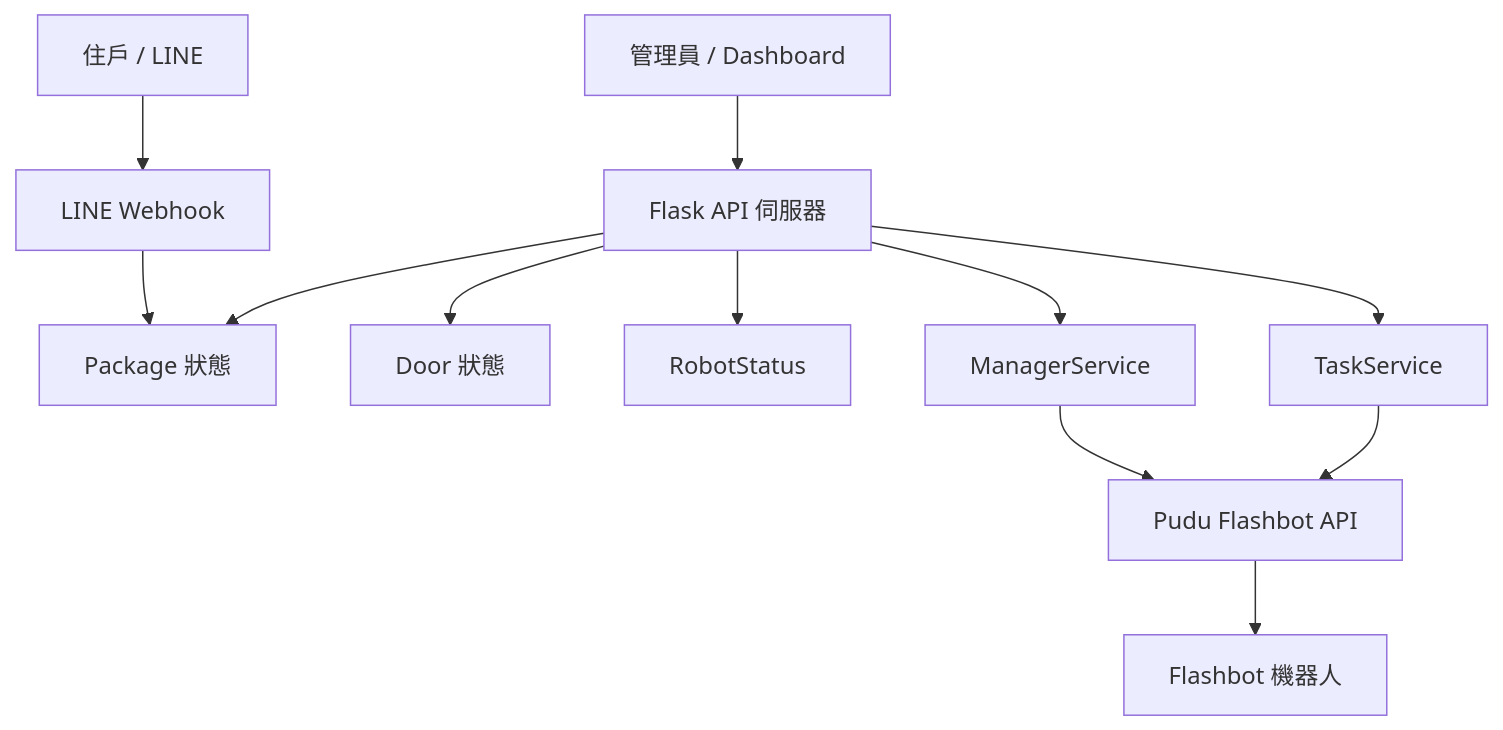
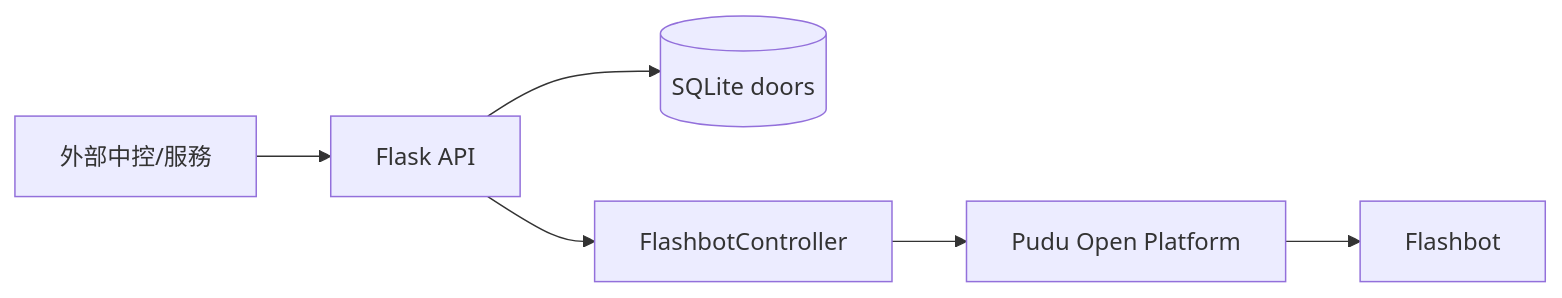
The diagram in README.md (Liao-YuSheng/Aurobox), drawn with Mermaid before and after one commit. The commit also changed other lines of this file and 17 other files, not shown here.

````diff
--- a/README.md
+++ b/README.md
@@ -18,14 +32,8 @@
 ```mermaid
-flowchart TB
-	Operator[管理員 / Dashboard] --> API[Flask API 伺服器]
-	User[住戶 / LINE] --> Webhook[LINE Webhook]
-	API --> Package[Package 狀態]
-	API --> Door[Door 狀態]
-	API --> Robot[RobotStatus]
-	API --> Manager[ManagerService]
-	API --> Tasks[TaskService]
-	Webhook --> Package
-	Manager --> Pudu[Pudu Flashbot API]
-	Tasks --> Pudu
-	Pudu --> RobotHW[Flashbot 機器人]
+flowchart LR
+  External[外部中控/服務] --> API[Flask API]
+  API --> DB[(SQLite doors)]
+  API --> CTRL[FlashbotController]
+  CTRL --> PUDU[Pudu Open Platform]
+  PUDU --> ROBOT[Flashbot]
 ```
````
